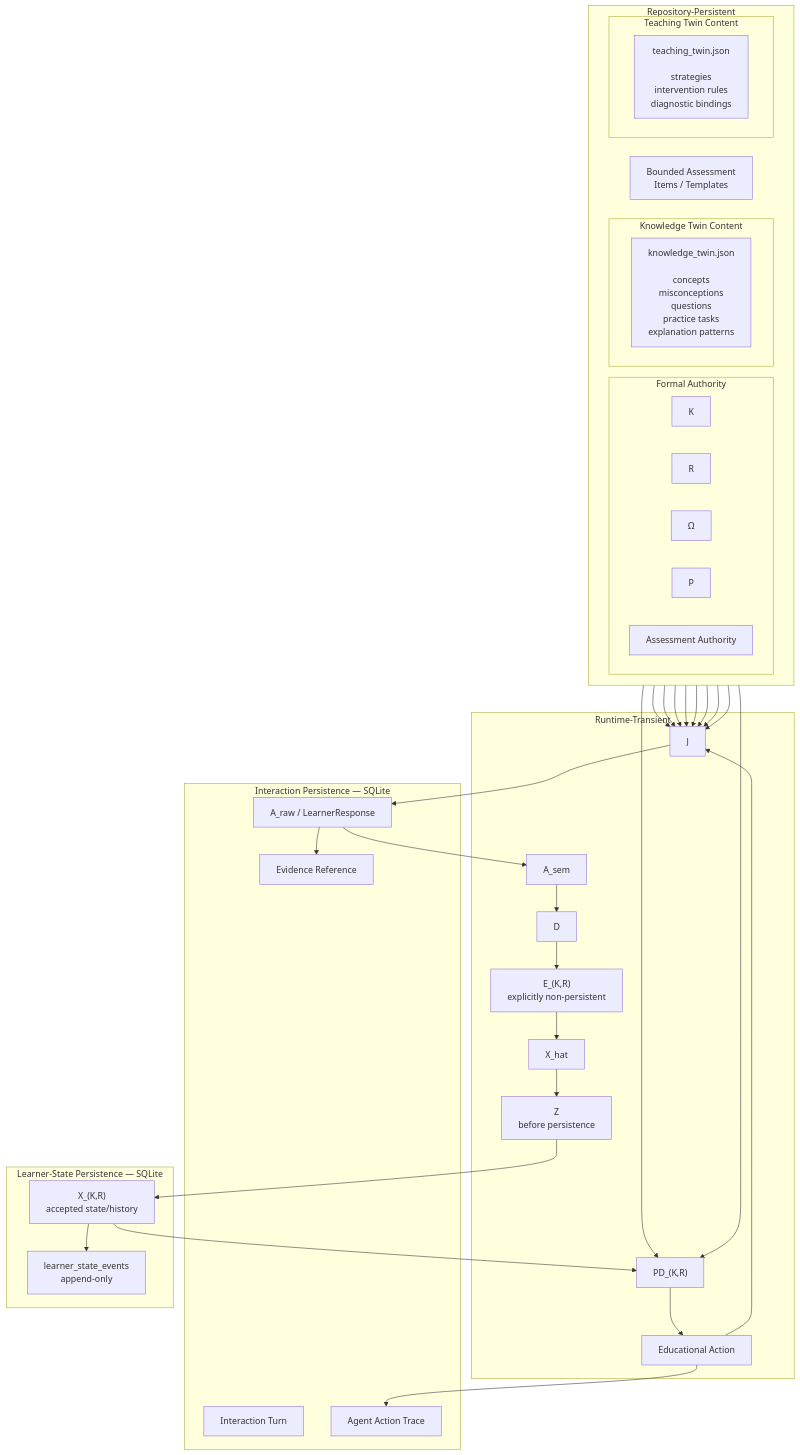
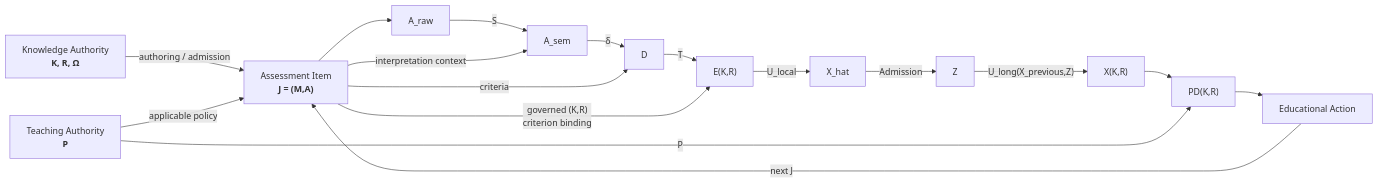
The second of 6 diagrams in content/architecture.md (thatao72/three-twin-docs), drawn with Mermaid before and after one commit. The commit also changed other lines of this file, not shown here.

Commit message:
Update architecture control and graph representation

````diff
--- a/content/architecture.md
+++ b/content/architecture.md
@@ -159,77 +201,42 @@
 ```mermaid
-flowchart TB
+flowchart LR
 
-    subgraph REPO["Repository-Persistent"]
-        direction LR
+    K["Knowledge Authority<br/><b>K, R, Ω</b>"]
+    P["Teaching Authority<br/><b>P</b>"]
 
-        subgraph FORMAL["Formal Authority"]
-            K["K"]
-            R["R"]
-            O["Ω"]
-            P["P"]
-            AA["Assessment Authority"]
-        end
+    J["Assessment Item<br/><b>J = (M,A)</b>"]
 
-        subgraph KT["Knowledge Twin Content"]
-            KJSON["knowledge_twin.json<br/><br/>concepts<br/>misconceptions<br/>questions<br/>practice tasks<br/>explanation patterns"]
-        end
+    AR["A_raw"]
+    AS["A_sem"]
+    D["D"]
+    E["E(K,R)"]
+    XH["X_hat"]
+    Z["Z"]
+    X["X(K,R)"]
+    PD["PD(K,R)"]
+    EA["Educational Action"]
 
-        subgraph TT["Teaching Twin Content"]
-            TJSON["teaching_twin.json<br/><br/>strategies<br/>intervention rules<br/>diagnostic bindings"]
-        end
-
-        JREPO["Bounded Assessment<br/>Items / Templates"]
-    end
-
-    subgraph RUNTIME["Runtime-Transient"]
-        J["J"]
-        AS["A_sem"]
-        D["D"]
-        E["E_(K,R)<br/>explicitly non-persistent"]
-        XH["X_hat"]
-        Z["Z<br/>before persistence"]
-        PD["PD_(K,R)"]
-        EA["Educational Action"]
-    end
-
-    subgraph INTERACTION["Interaction Persistence — SQLite"]
-        AR["A_raw / LearnerResponse"]
-        TURN["Interaction Turn"]
-        TRACE["Agent Action Trace"]
-        EREF["Evidence Reference"]
-    end
-
-    subgraph LEARNER["Learner-State Persistence — SQLite"]
-        X["X_(K,R)<br/>accepted state/history"]
-        EVENTS["learner_state_events<br/>append-only"]
-    end
-
-    K --> J
-    R --> J
-    O --> J
-    P --> J
-    AA --> J
-    JREPO --> J
-
-    KJSON --> J
-    TJSON --> J
+    K -->|"authoring / admission"| J
+    P -->|"applicable policy"| J
 
     J --> AR
-    AR --> AS
-    AS --> D
-    D --> E
-    E --> XH
-    XH --> Z
-    Z --> X
-    X --> EVENTS
+
+    AR -->|"S"| AS
+    J -->|"interpretation context"| AS
+
+    AS -->|"δ"| D
+    J -->|"criteria"| D
+
+    D -->|"T"| E
+    J -->|"governed (K,R)<br/>criterion binding"| E
+
+    E -->|"U_local"| XH
+    XH -->|"Admission"| Z
+    Z -->|"U_long(X_previous,Z)"| X
 
     X --> PD
-    P --> PD
-    TJSON --> PD
+    P -->|"P"| PD
 
     PD --> EA
-    EA --> J
-
-    AR --> EREF
-    EA --> TRACE
+    EA -->|"next J"| J
 ```
````
